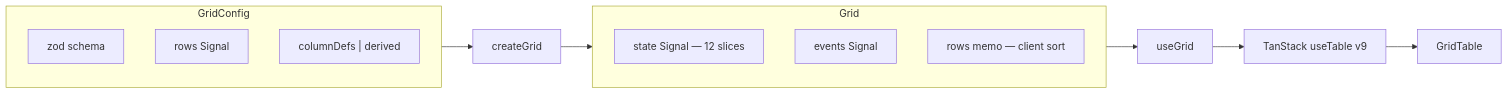
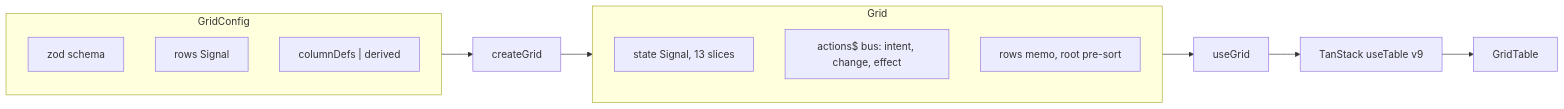
One commit to hafley66/hafley-rxjs changed the diagram in packages/grid/README.md. Above: the diagram before and after it, drawn with Mermaid. The commit also changed other lines of this file and 24 other files, not shown here.

First line of the commit message:
grid: TreeTable port, actions bus with intent/change/effect phases, column epics

````diff
--- a/packages/grid/README.md
+++ b/packages/grid/README.md
@@ -26,19 +28,19 @@
 ```mermaid
 flowchart LR
   subgraph cfg["GridConfig"]
     schema["zod schema"]
     rows["rows Signal"]
     cols["columnDefs | derived"]
   end
   cg["createGrid"]
   subgraph g["Grid"]
-    state["state Signal — 12 slices"]
-    events["events Signal"]
-    rowsM["rows memo — client sort"]
+    state["state Signal, 13 slices"]
+    actions["actions$ bus: intent, change, effect"]
+    rowsM["rows memo, root pre-sort"]
   end
   hook["useGrid"]
   tt["TanStack useTable v9"]
   gt["GridTable"]
   cfg --> cg --> g
   g --> hook --> tt --> gt
 ```
````
